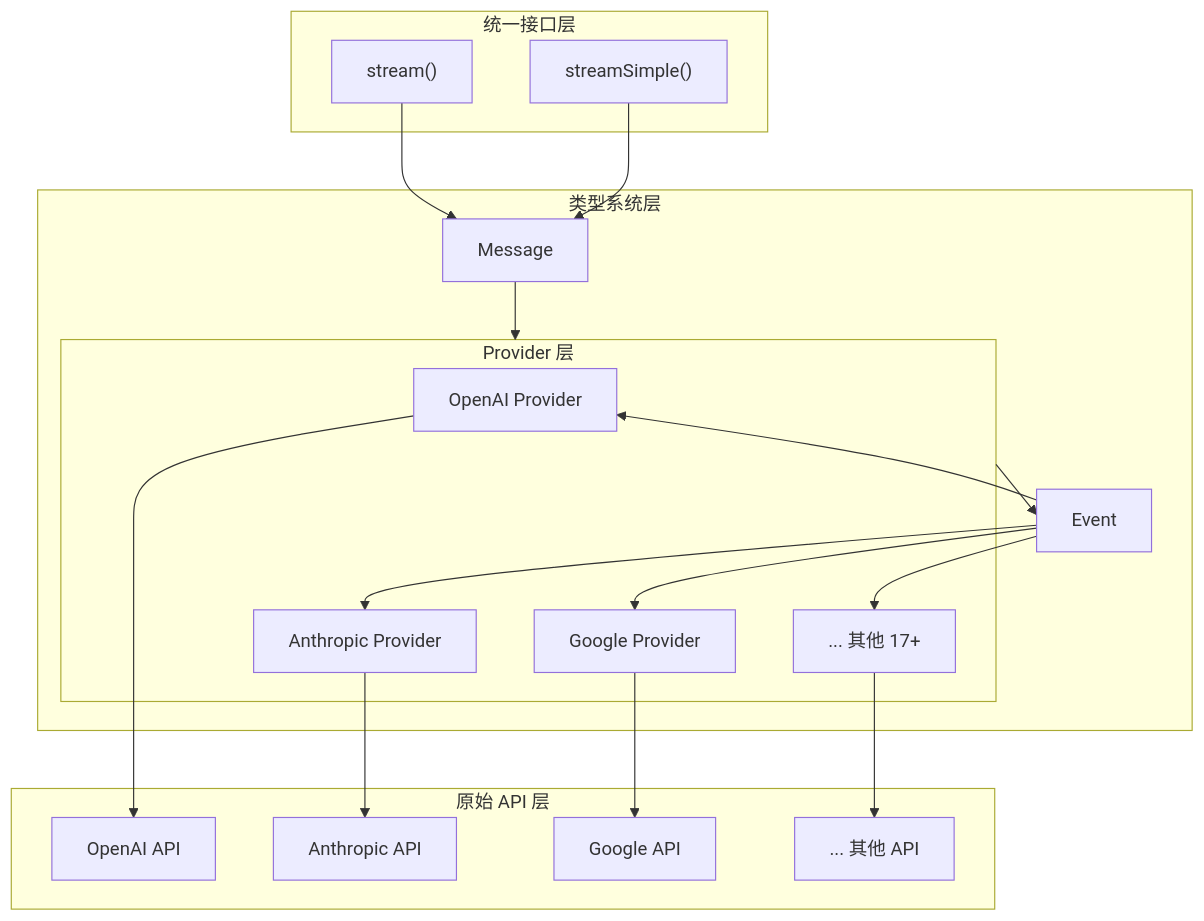
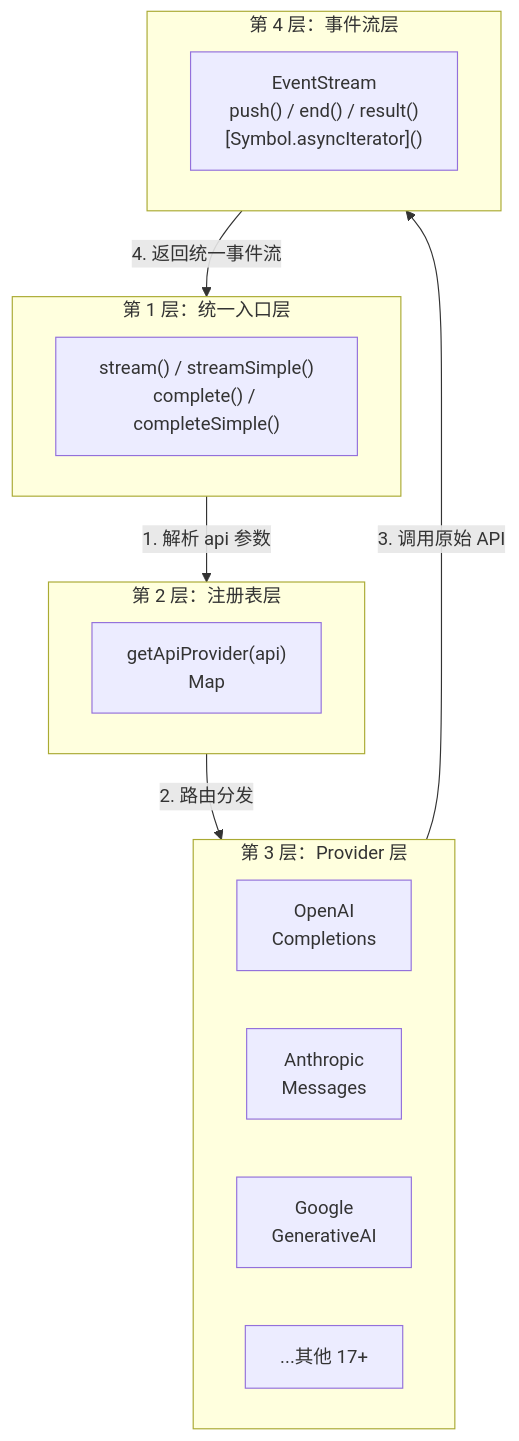
One commit to cloudyan/pi-mono changed the diagram in docs/pi-mono-tutorial/2_pi_ai/01-architecture.md. Above: the diagram before and after it, drawn with Mermaid. The commit also changed other lines of this file and 7 other files, not shown here.

Commit message:
docs: 完善 pi-ai 架构文档，添加 OpenAI 和 Anthropic Provider 详解

````diff
--- a/docs/pi-mono-tutorial/2_pi_ai/01-architecture.md
+++ b/docs/pi-mono-tutorial/2_pi_ai/01-architecture.md
@@ -403,40 +183,33 @@
 ```mermaid
 flowchart TB
-    subgraph A["统一接口层"]
-        S["stream()"]
-        SS["streamSimple()"]
+    subgraph L1["第 1 层：统一入口层"]
+        A["stream() / streamSimple()
+complete() / completeSimple()"]
     end
 
-    subgraph B["类型系统层"]
-        M[Message]
-        C[Content]
-        E[Event]
+    subgraph L2["第 2 层：注册表层"]
+        B["getApiProvider(api)
+         Map<api, ApiProvider>"]
     end
 
-    subgraph C["Provider 层"]
-        OP[OpenAI Provider]
-        AP[Anthropic Provider]
-        GP[Google Provider]
-        MP["... 其他 17+"]
+    subgraph L3["第 3 层：Provider 层"]
+        C1["OpenAI
+Completions"]
+        C2["Anthropic
+Messages"]
+        C3["Google
+GenerativeAI"]
+        C4["...其他 17+"]
     end
 
-    subgraph D["原始 API 层"]
-        OA[OpenAI API]
-        AA[Anthropic API]
-        GA[Google API]
-        MA["... 其他 API"]
+    subgraph L4["第 4 层：事件流层"]
+        D["EventStream
+push() / end() / result()
+[Symbol.asyncIterator]()"]
     end
 
-    S --> M
-    SS --> M
-    M --> C
-    C --> E
-    E --> OP
-    E --> AP
-    E --> GP
-    E --> MP
-    OP --> OA
-    AP --> AA
-    GP --> GA
-    MP --> MA
+    L1 -->|1. 解析 api 参数 | L2
+    L2 -->|2. 路由分发 | L3
+    L3 -->|3. 调用原始 API| L4
+    L4 -->|4. 返回统一事件流 | L1
 ```
````
